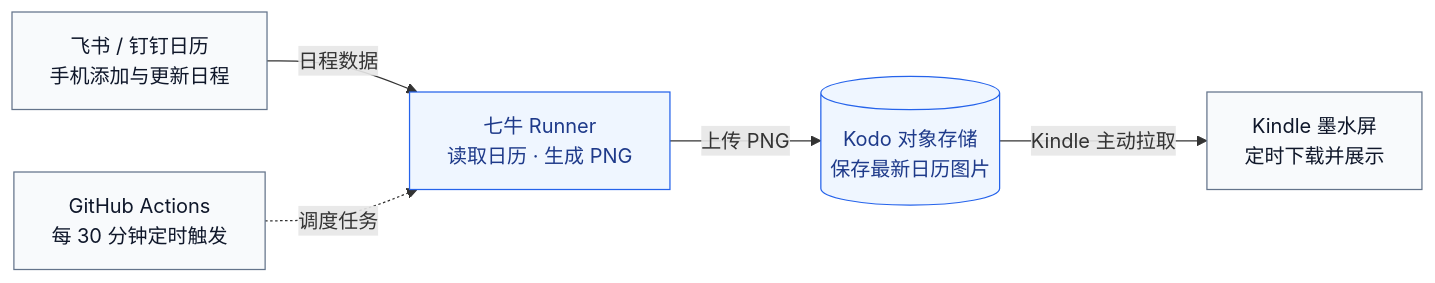
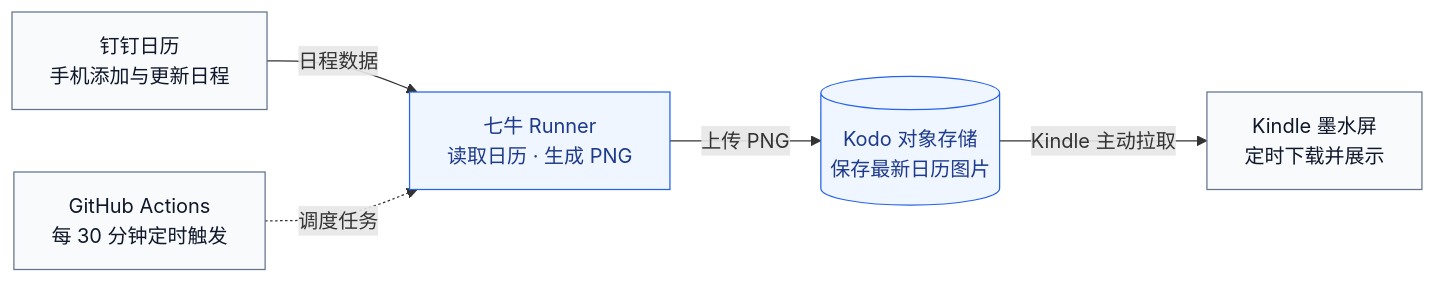
Before and after one commit to cqzqxh/kindle2calendar: the diagram in ARCHITECTURE.md, drawn with Mermaid. The commit also changed other lines of this file and 4 other files, not shown here.

````diff
--- a/ARCHITECTURE.md
+++ b/ARCHITECTURE.md
@@ -13,17 +13,17 @@
 ```mermaid
 flowchart LR
-    CAL["飞书 / 钉钉日历<br/>手机添加与更新日程"]
+    CAL["钉钉日历<br/>手机添加与更新日程"]
     GH["GitHub Actions<br/>每 30 分钟定时触发"]
     RUN["七牛 Runner<br/>读取日历 · 生成 PNG"]
     KODO[("Kodo 对象存储<br/>保存最新日历图片")]
     KINDLE["Kindle 墨水屏<br/>定时下载并展示"]
 
     CAL -->|"日程数据"| RUN
     GH -.->|"调度任务"| RUN
     RUN -->|"上传 PNG"| KODO
     KODO -->|"Kindle 主动拉取"| KINDLE
 
     classDef default fill:#f8fafc,stroke:#64748b,color:#0f172a;
     classDef qiniu fill:#eff6ff,stroke:#2563eb,color:#1e3a8a;
     class RUN,KODO qiniu;
 ```
````
